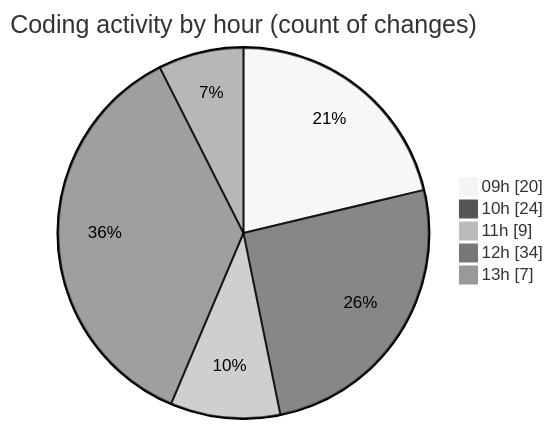
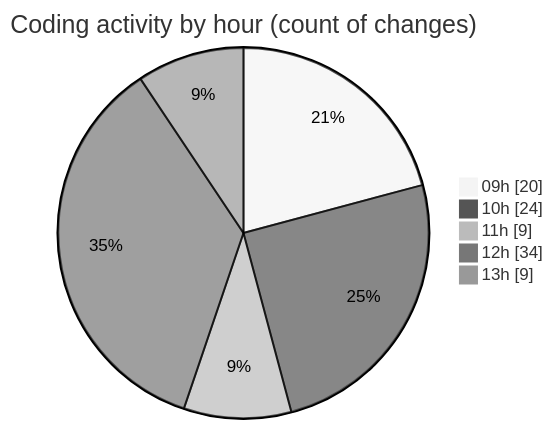
The second of 2 diagrams in 2025-05-19/cda/README.md (momahboobian/code-tracking), drawn with Mermaid (neutral theme) before and after one commit. The commit also changed other lines of this file and 1 other file, not shown here.

````diff
--- a/2025-05-19/cda/README.md
+++ b/2025-05-19/cda/README.md
@@ -42,9 +44,9 @@
 ```mermaid
 pie showData
 title Coding activity by hour (count of changes)
 "09h" : 20
 "10h" : 24
 "11h" : 9
 "12h" : 34
-"13h" : 7
+"13h" : 9
 ```
````
